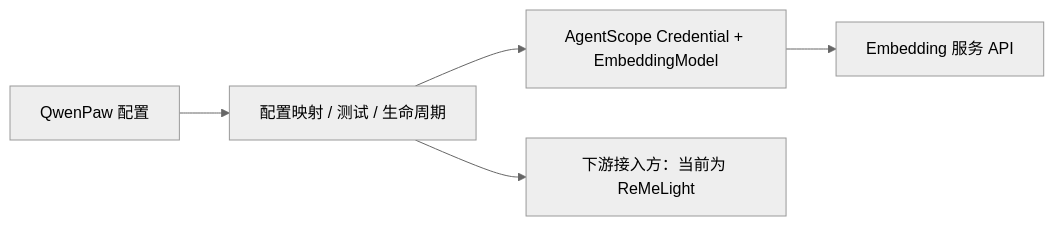
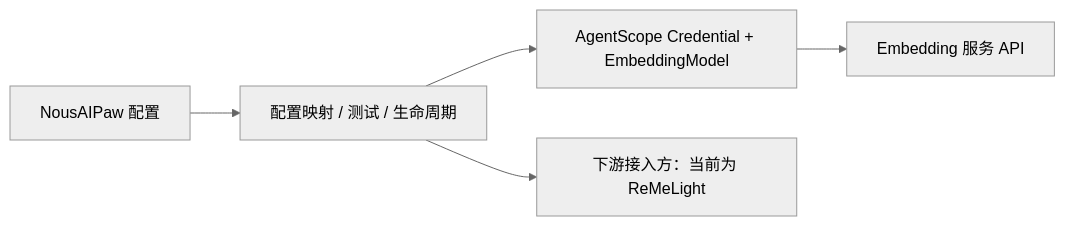
One commit to uaixo/awesome-NousAI-PAW changed the first of 2 diagrams in website/public/docs/embedding.zh.md. Above: the diagram before and after it, drawn with Mermaid (neutral theme). The commit also changed other lines of this file and 7 other files, not shown here.

````diff
--- a/website/public/docs/embedding.zh.md
+++ b/website/public/docs/embedding.zh.md
@@ -24,7 +24,7 @@
 ```mermaid
 graph LR
-    UI[QwenPaw 配置] --> Adapter[配置映射 / 测试 / 生命周期]
+    UI[NousAIPaw 配置] --> Adapter[配置映射 / 测试 / 生命周期]
     Adapter --> AS[AgentScope Credential + EmbeddingModel]
     AS --> Provider[Embedding 服务 API]
     Adapter --> Consumer[下游接入方：当前为 ReMeLight]
 ```
````
